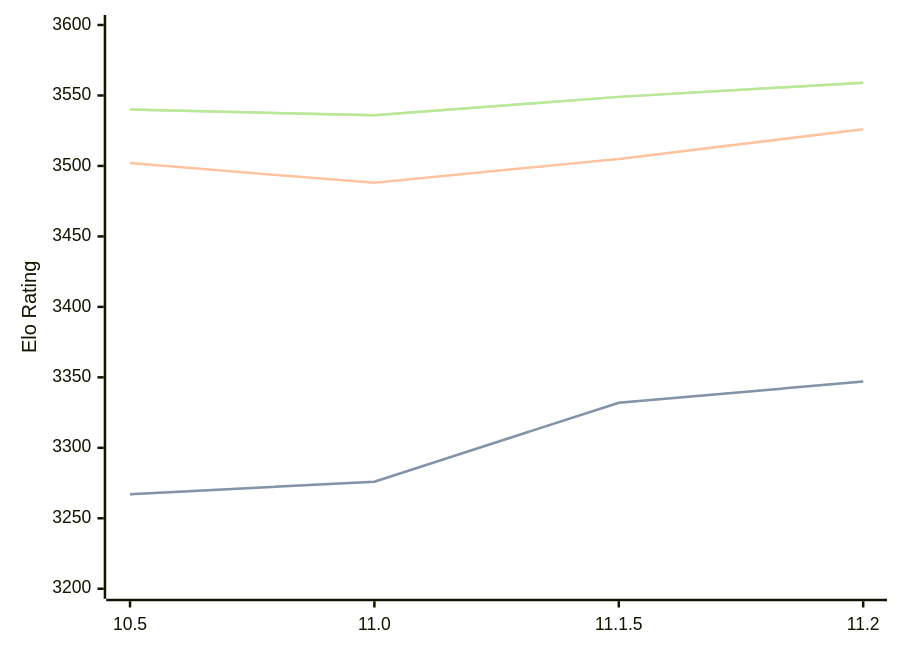
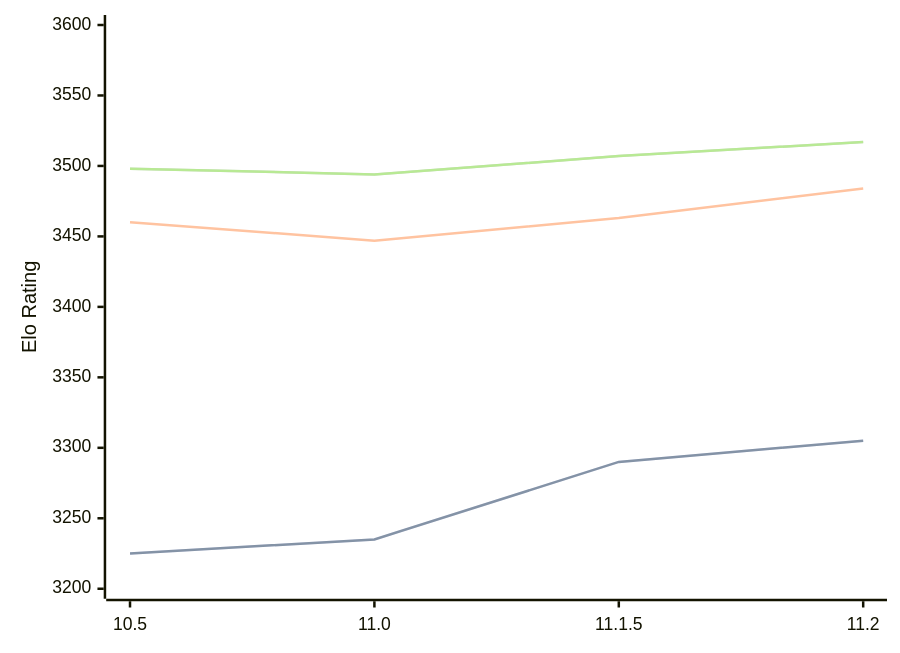
The diagram in engines/Lizard.md (computer-chess-index/cci), drawn with Mermaid before and after one commit. The commit also changed other lines of this file, not shown here.

Commit message:
Update CCI Ratings (ELO VLTC) - 2026-05-19

````diff
--- a/engines/Lizard.md
+++ b/engines/Lizard.md
@@ -46,11 +46,11 @@
 ```mermaid
 %%{init: {"theme":"base","themeVariables":{"seriesColors:['#a3a3a3','#222221','#faa371']}}}%%
 xychart-beta
   x-axis ["10.5", "11.0", "11.1.5", "11.2"]
   y-axis "Elo Rating" 3200 --> 3600
-  line "STC (8.0+0.08s)" [3267, 3276, 3332, 3347]
-  line "STC (8.0+0.08s)" [3267, 3276, 3332, 3347]
-  line "LTC (60.0+0.60s)" [3502, 3488, 3505, 3526]
-  line "VLTC (2m24s+1.12s)" [3540, 3536, 3549, 3559]
-  line "VLTC (2m24s+1.12s)" [3540, 3536, 3549, 3559]
+  line "STC (8.0+0.08s)" [3225, 3235, 3290, 3305]
+  line "STC (8.0+0.08s)" [3225, 3235, 3290, 3305]
+  line "LTC (60.0+0.60s)" [3460, 3447, 3463, 3484]
+  line "VLTC (2m24s+1.12s)" [3498, 3494, 3507, 3517]
+  line "VLTC (2m24s+1.12s)" [3498, 3494, 3507, 3517]
 ```
````
